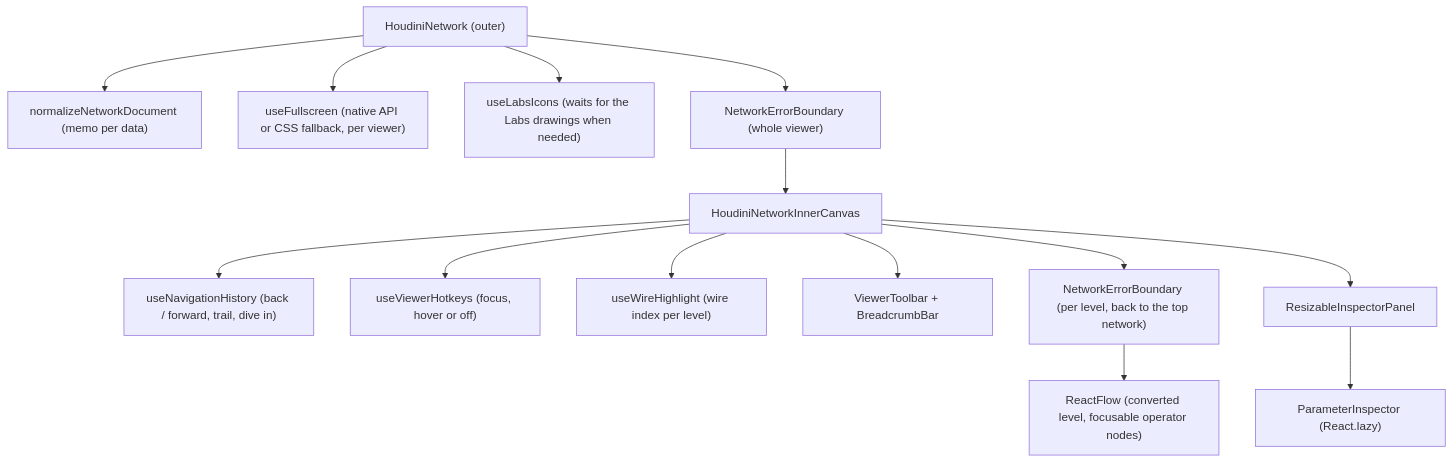
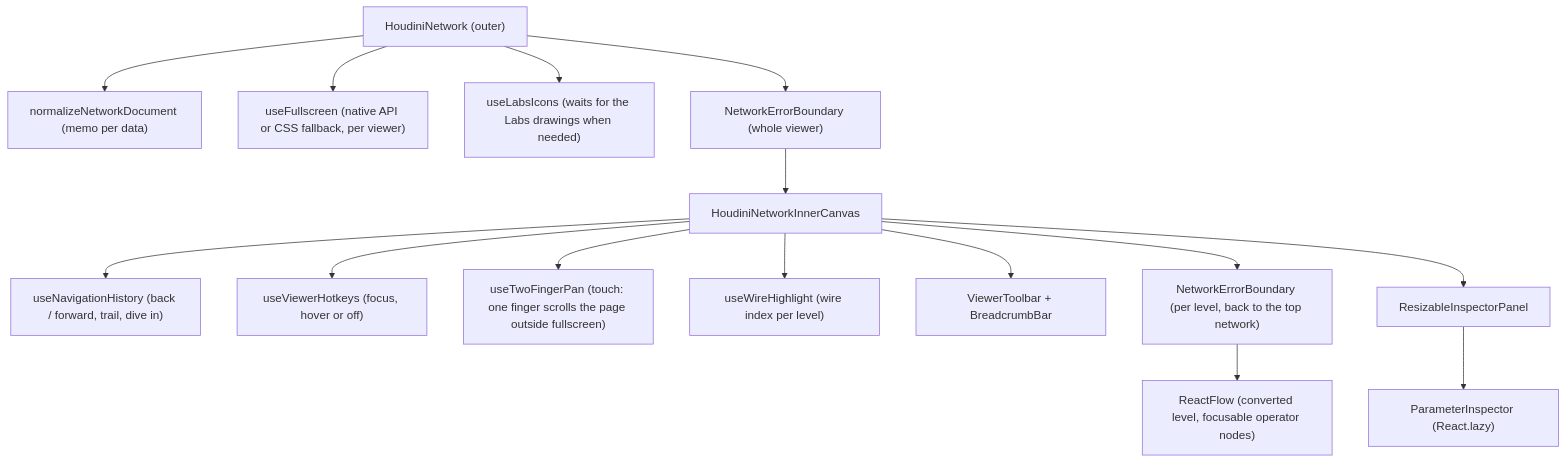
One commit to emil-judin/nop-houdini-network-viewer changed the second of 2 diagrams in docs/ARCHITECTURE.md. Above: the diagram before and after it, drawn with Mermaid. The commit also changed other lines of this file and 11 other files, not shown here.

````diff
--- a/docs/ARCHITECTURE.md
+++ b/docs/ARCHITECTURE.md
@@ -83,16 +83,17 @@
 ```mermaid
 flowchart TD
     HN["HoudiniNetwork (outer)"] --> Parse["normalizeNetworkDocument (memo per data)"]
     HN --> FS["useFullscreen (native API or CSS fallback, per viewer)"]
     HN --> Labs["useLabsIcons (waits for the Labs drawings when needed)"]
     HN --> EB1["NetworkErrorBoundary (whole viewer)"]
     EB1 --> Inner["HoudiniNetworkInnerCanvas"]
     Inner --> Nav["useNavigationHistory (back / forward, trail, dive in)"]
     Inner --> Keys["useViewerHotkeys (focus, hover or off)"]
+    Inner --> TP["useTwoFingerPan (touch: one finger scrolls the page outside fullscreen)"]
     Inner --> Wires["useWireHighlight (wire index per level)"]
     Inner --> Toolbar["ViewerToolbar + BreadcrumbBar"]
     Inner --> EB2["NetworkErrorBoundary (per level, back to the top network)"]
     EB2 --> RF["ReactFlow (converted level, focusable operator nodes)"]
     Inner --> Panel["ResizableInspectorPanel"]
     Panel --> Insp["ParameterInspector (React.lazy)"]
 ```
````
